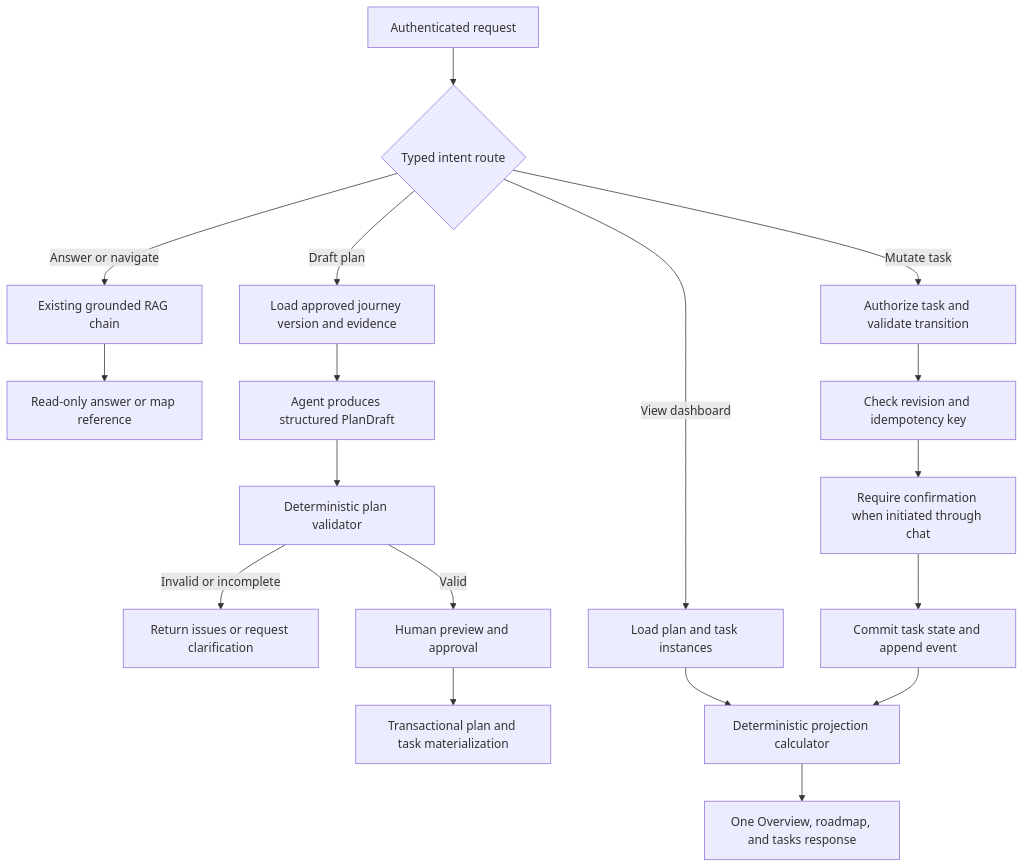
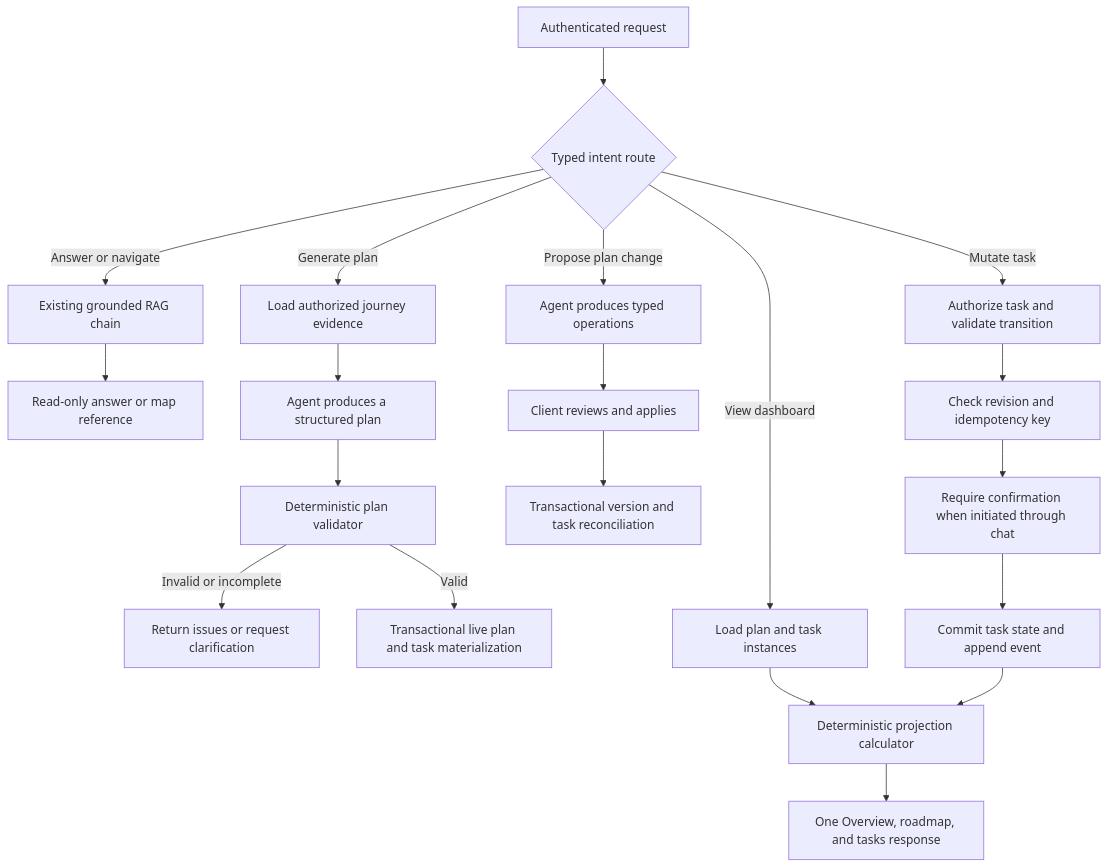
One commit to Xiuping-Hu/Onboarding-Accelerator changed the diagram in specs/023-governed-onboarding-task-progress-roadmap.md. Above: the diagram before and after it, drawn with Mermaid. The commit also changed other lines of this file and 50 other files, not shown here.

Commit message:
feat: implement live AI onboarding roadmaps

````diff
--- a/specs/023-governed-onboarding-task-progress-roadmap.md
+++ b/specs/023-governed-onboarding-task-progress-roadmap.md
@@ -141,24 +145,27 @@
 ```mermaid
 flowchart TD
     A[Authenticated request] --> B{Typed intent route}
 
     B -->|Answer or navigate| C[Existing grounded RAG chain]
     C --> D[Read-only answer or map reference]
 
-    B -->|Draft plan| E[Load approved journey version and evidence]
-    E --> F[Agent produces structured PlanDraft]
+    B -->|Generate plan| E[Load authorized journey evidence]
+    E --> F[Agent produces a structured plan]
     F --> G[Deterministic plan validator]
     G -->|Invalid or incomplete| H[Return issues or request clarification]
-    G -->|Valid| I[Human preview and approval]
-    I --> J[Transactional plan and task materialization]
+    G -->|Valid| J[Transactional live plan and task materialization]
+
+    B -->|Propose plan change| R[Agent produces typed operations]
+    R --> S[Client reviews and applies]
+    S --> T[Transactional version and task reconciliation]
 
     B -->|View dashboard| K[Load plan and task instances]
     K --> L[Deterministic projection calculator]
     L --> M[One Overview, roadmap, and tasks response]
 
     B -->|Mutate task| N[Authorize task and validate transition]
     N --> O[Check revision and idempotency key]
     O --> P[Require confirmation when initiated through chat]
     P --> Q[Commit task state and append event]
     Q --> L
 ```
````
